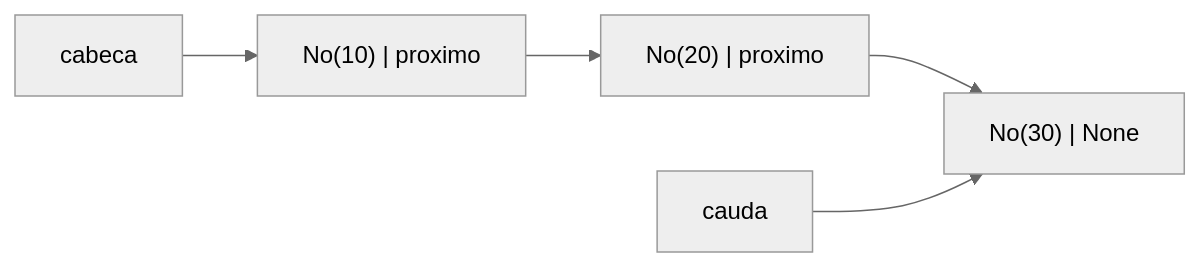
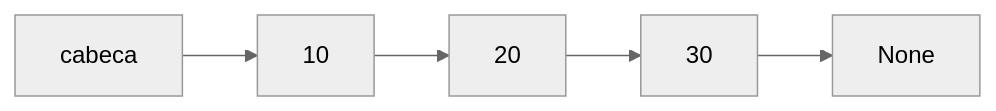
One commit to Lip3Bazinga/v0-level-usp-project changed the diagram in content/cursos/n3-estruturas-de-dados-e-algoritmos/05-estruturas-lineares/03-listas-ligadas.lvl.md. Above: the diagram before and after it, drawn with Mermaid (neutral theme). The commit also changed other lines of this file and 3 other files, not shown here.

````diff
--- a/content/cursos/n3-estruturas-de-dados-e-algoritmos/05-estruturas-lineares/03-listas-ligadas.lvl.md
+++ b/content/cursos/n3-estruturas-de-dados-e-algoritmos/05-estruturas-lineares/03-listas-ligadas.lvl.md
@@ -26,7 +39,7 @@
 ```mermaid
 flowchart LR
-    C["cabeca"] --> N1["No(10) | proximo"]
-    N1 --> N2["No(20) | proximo"]
-    N2 --> N3["No(30) | None"]
-    T["cauda"] --> N3
+    C[cabeca] --> A["10"]
+    A --> B["20"]
+    B --> D["30"]
+    D --> N[None]
 ```
````
